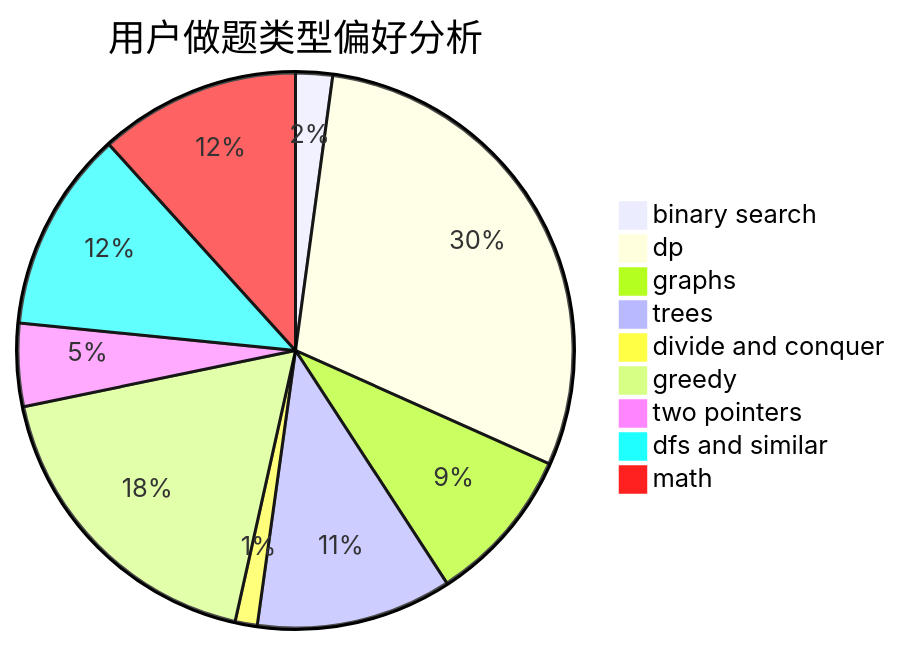
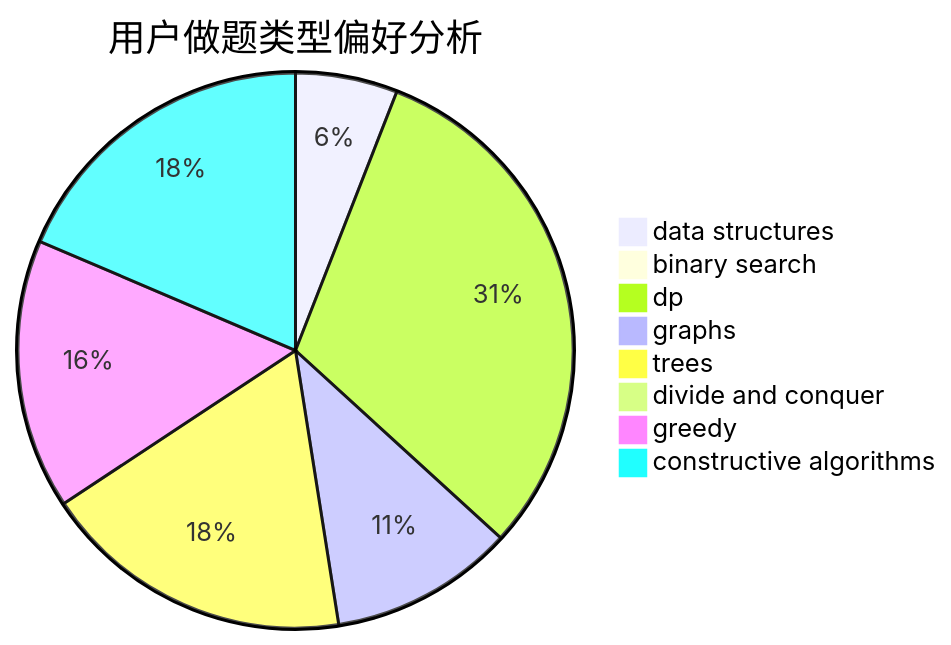
Before and after one commit to sherpahu/cfrs.github.io: the second of 3 diagrams in docs/user/u2464.md, drawn with Mermaid. The commit also changed other lines of this file and 2775 other files, not shown here.

````diff
--- a/docs/user/u2464.md
+++ b/docs/user/u2464.md
@@ -23,12 +23,11 @@
 ```mermaid
 pie title 用户做题类型偏好分析
-    "binary search" :  20
-    "dp" :  275
-    "graphs" :  85
-    "trees" :  106
-    "divide and conquer" :  12
-    "greedy" :  170
-    "two pointers" :  45
-    "dfs and similar" :  109
-    "math" :  109
+    "data structures" :  31
+    "binary search" :  4
+    "dp" :  161
+    "graphs" :  56
+    "trees" :  95
+    "divide and conquer" :  0
+    "greedy" :  82
+    "constructive algorithms" :  97
 ```
````
